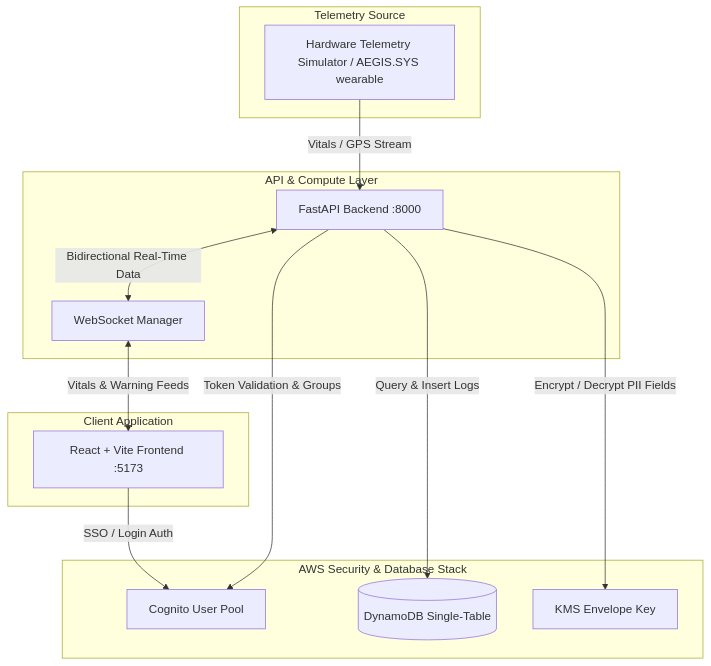
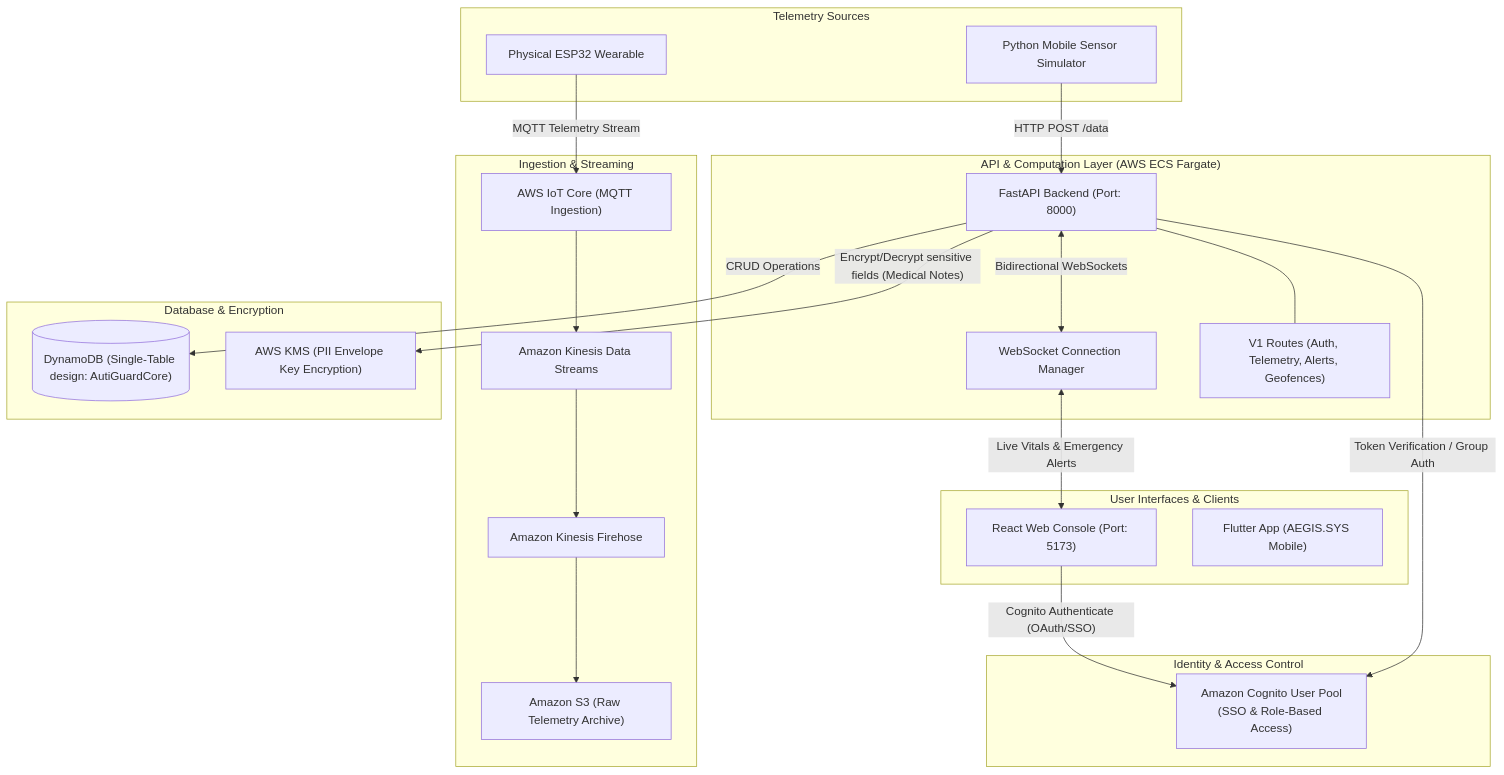
One commit to fathima-6677/innovelle changed the diagram in README.md. Above: the diagram before and after it, drawn with Mermaid. The commit also changed other lines of this file and 4 other files, not shown here.

Commit message:
Refactor: Clean workspace, fix TS config error, and upgrade README with architecture flowcharts

````diff
--- a/README.md
+++ b/README.md
@@ -22,29 +18,52 @@
 ```mermaid
-flowchart TD
-    subgraph Client Application
-        FE[React + Vite Frontend :5173]
+flowchart TB
+    subgraph Clients ["User Interfaces & Clients"]
+        FE["React Web Console (Port: 5173)"]
+        FA["Flutter App (AEGIS.SYS Mobile)"]
     end
 
-    subgraph API & Compute Layer
-        BE[FastAPI Backend :8000]
-        WS[WebSocket Manager]
+    subgraph SecurityAuth ["Identity & Access Control"]
+        Cognito["Amazon Cognito User Pool<br/>(SSO & Role-Based Access)"]
     end
 
-    subgraph AWS Security & Database Stack
-        Cognito[Cognito User Pool]
-        DynamoDB[(DynamoDB Single-Table)]
-        KMS[KMS Envelope Key]
+    subgraph ApiCompute ["API & Computation Layer (AWS ECS Fargate)"]
+        API["FastAPI Backend (Port: 8000)"]
+        WS["WebSocket Connection Manager"]
+        Router["V1 Routes (Auth, Telemetry, Alerts, Geofences)"]
     end
 
-    subgraph Telemetry Source
-        Sim[Hardware Telemetry Simulator / AEGIS.SYS wearable]
+    subgraph Ingestion ["Ingestion & Streaming"]
+        IoT["AWS IoT Core (MQTT Ingestion)"]
+        Kinesis["Amazon Kinesis Data Streams"]
+        Firehose["Amazon Kinesis Firehose"]
+        S3Raw["Amazon S3 (Raw Telemetry Archive)"]
     end
 
-    Sim -->|Vitals / GPS Stream| BE
-    BE <-->|Bidirectional Real-Time Data| WS
-    WS <-->|Vitals & Warning Feeds| FE
-    FE -->|SSO / Login Auth| Cognito
-    BE -->|Token Validation & Groups| Cognito
-    BE -->|Query & Insert Logs| DynamoDB
-    BE -->|Encrypt / Decrypt PII Fields| KMS
+    subgraph DataStore ["Database & Encryption"]
+        DynamoDB[("DynamoDB (Single-Table design: AutiGuardCore)")]
+        KMS["AWS KMS (PII Envelope Key Encryption)"]
+    end
+
+    subgraph PhysicalDevices ["Telemetry Sources"]
+        ESP32["Physical ESP32 Wearable"]
+        Sim["Python Mobile Sensor Simulator"]
+    end
+
+    %% Auth Flows
+    FE -->|"Cognito Authenticate (OAuth/SSO)"| Cognito
+    API -->|"Token Verification / Group Auth"| Cognito
+
+    %% Ingestion Flows
+    ESP32 -->|"MQTT Telemetry Stream"| IoT
+    Sim -->|"HTTP POST /data"| API
+    IoT --> Kinesis --> Firehose --> S3Raw
+
+    %% Core Data & Real-time Flow
+    API <-->|"Bidirectional WebSockets"| WS
+    WS <-->|"Live Vitals & Emergency Alerts"| FE
+    API -->|"CRUD Operations"| DynamoDB
+    API -->|"Encrypt/Decrypt sensitive fields (Medical Notes)"| KMS
+    
+    %% Router detail
+    API --- Router
 ```
````
